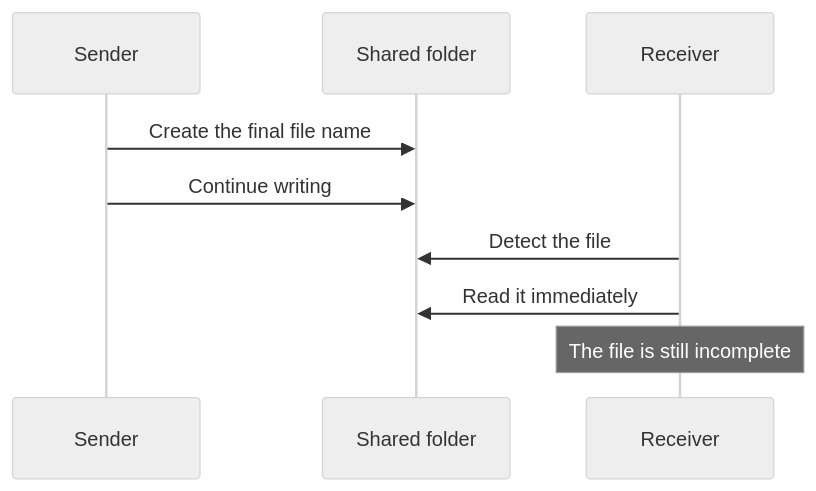
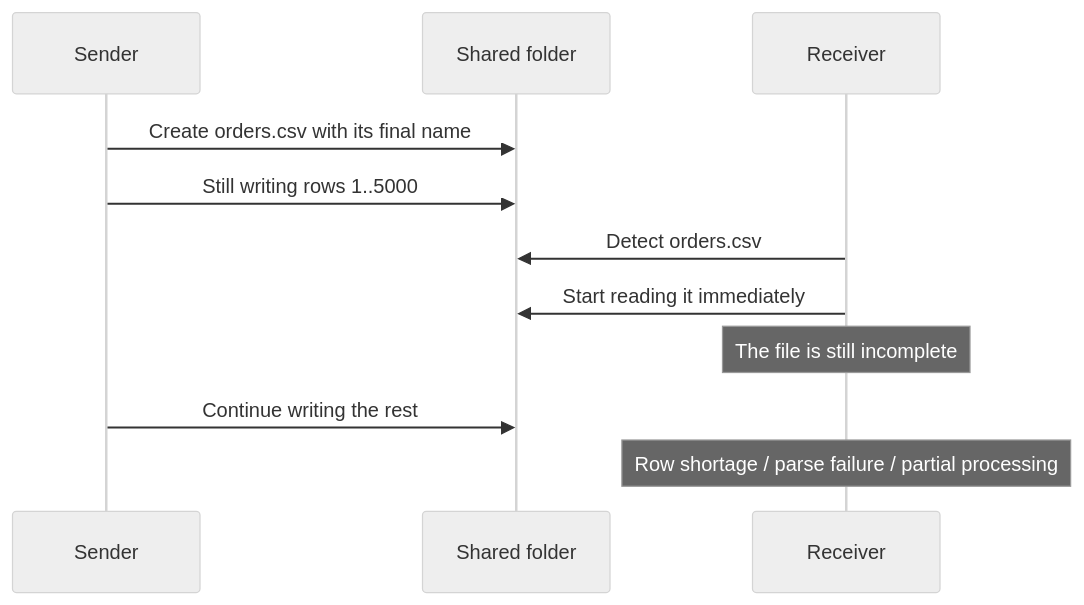
Before and after one commit to gomurin0428/KomuraSoftWeb: the first of 10 diagrams in _posts/2026-03-07-001-file-integration-locking-best-practices-komurasoft-style-en.md, drawn with Mermaid (neutral theme). The commit also changed other lines of this file and 4 other files, not shown here.

````diff
--- a/_posts/2026-03-07-001-file-integration-locking-best-practices-komurasoft-style-en.md
+++ b/_posts/2026-03-07-001-file-integration-locking-best-practices-komurasoft-style-en.md
@@ -46,12 +74,14 @@
 ```mermaid
 sequenceDiagram
-    participant Sender
+    participant Sender as Sender
     participant Share as Shared folder
-    participant Receiver
+    participant Receiver as Receiver
 
-    Sender->>Share: Create the final file name
-    Sender->>Share: Continue writing
-    Receiver->>Share: Detect the file
-    Receiver->>Share: Read it immediately
+    Sender->>Share: Create orders.csv with its final name
+    Sender->>Share: Still writing rows 1..5000
+    Receiver->>Share: Detect orders.csv
+    Receiver->>Share: Start reading it immediately
     Note over Receiver: The file is still incomplete
+    Sender->>Share: Continue writing the rest
+    Note over Receiver: Row shortage / parse failure / partial processing
 ```
````
